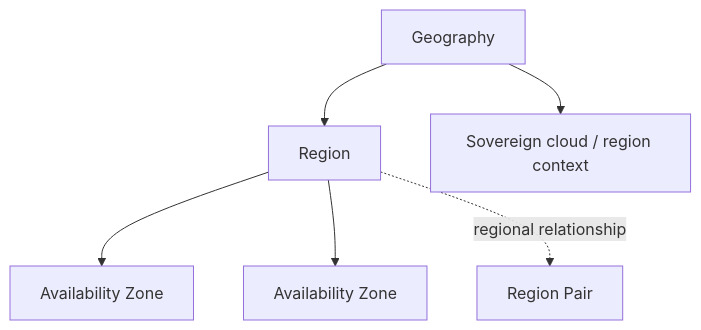
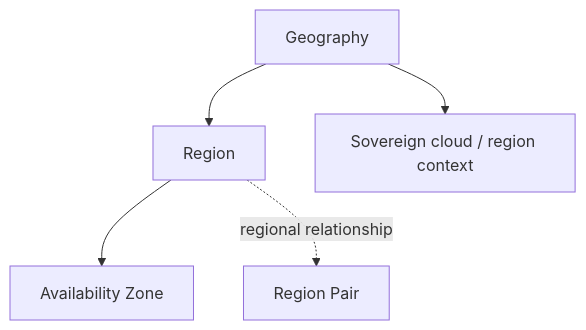
Before and after one commit to zhyordanova/azure-fundamentals-handbook: the second of 14 diagrams in exam/concept-map/concept-map.md, drawn with Mermaid.

Commit message:
docs: synchronize exam concept map and trigger words

````diff
--- a/exam/concept-map/concept-map.md
+++ b/exam/concept-map/concept-map.md
@@ -47,8 +47,7 @@
 ```mermaid
 flowchart TD
     GEO["Geography"] --> REG["Region"]
     REG --> AZ1["Availability Zone"]
-    REG --> AZ2["Availability Zone"]
     REG -. "regional relationship" .-> RP["Region Pair"]
     GEO --> SOV["Sovereign cloud / region context"]
 ```
````
